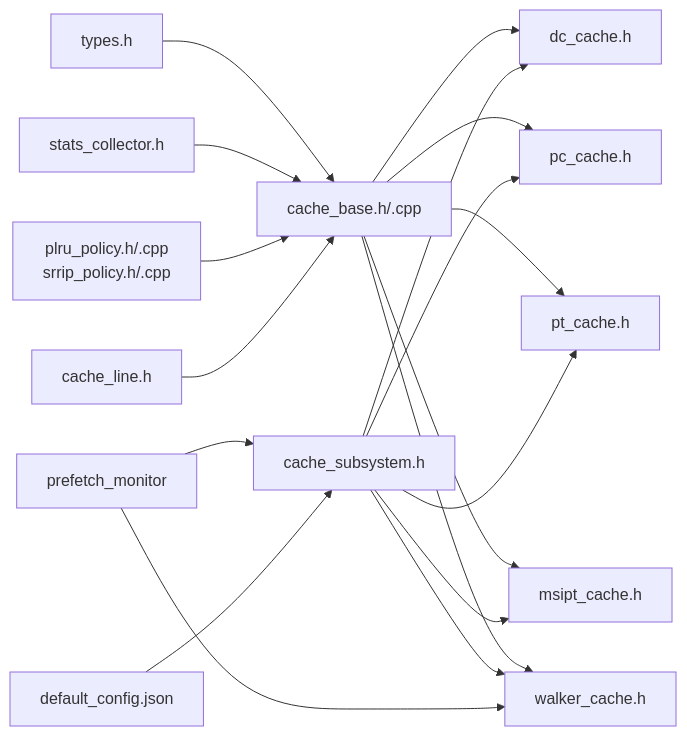
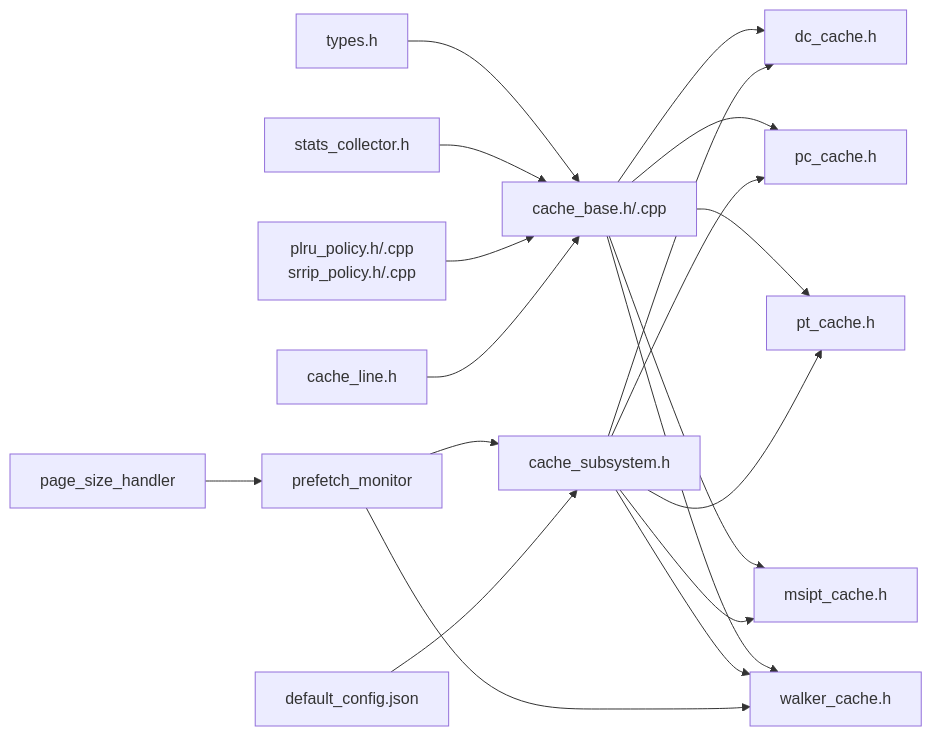
Diagram 11 of 11 in .qoder/repowiki/zh/content/缓存系统/缓存系统.md (jiangjiang1122/iommu_model_20260401_v1), drawn with Mermaid before and after one commit. The commit also changed other lines of this file and 186 other files, not shown here.

````diff
--- a/.qoder/repowiki/zh/content/缓存系统/缓存系统.md
+++ b/.qoder/repowiki/zh/content/缓存系统/缓存系统.md
@@ -488,20 +518,21 @@
 ```mermaid
 graph LR
 Types["types.h"] --> Base["cache_base.h/.cpp"]
 Stats["stats_collector.h"] --> Base
 REPL["plru_policy.h/.cpp<br/>srrip_policy.h/.cpp"] --> Base
 Line["cache_line.h"] --> Base
 Base --> DC["dc_cache.h"]
 Base --> PC["pc_cache.h"]
 Base --> PT["pt_cache.h"]
 Base --> MSI["msipt_cache.h"]
 Base --> WC["walker_cache.h"]
 CS["cache_subsystem.h"] --> DC
 CS --> PC
 CS --> PT
 CS --> MSI
 CS --> WC
 PM["prefetch_monitor"] --> CS
 PM --> WC
+PG["page_size_handler"] --> PM
 CFG["default_config.json"] --> CS
 ```
````
